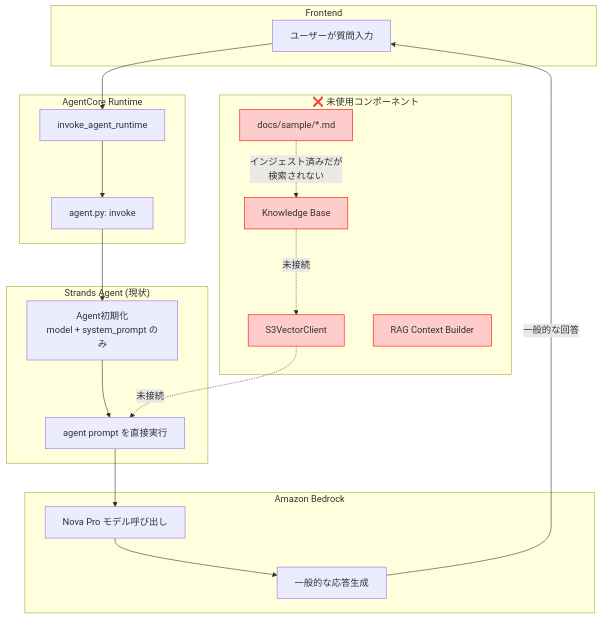
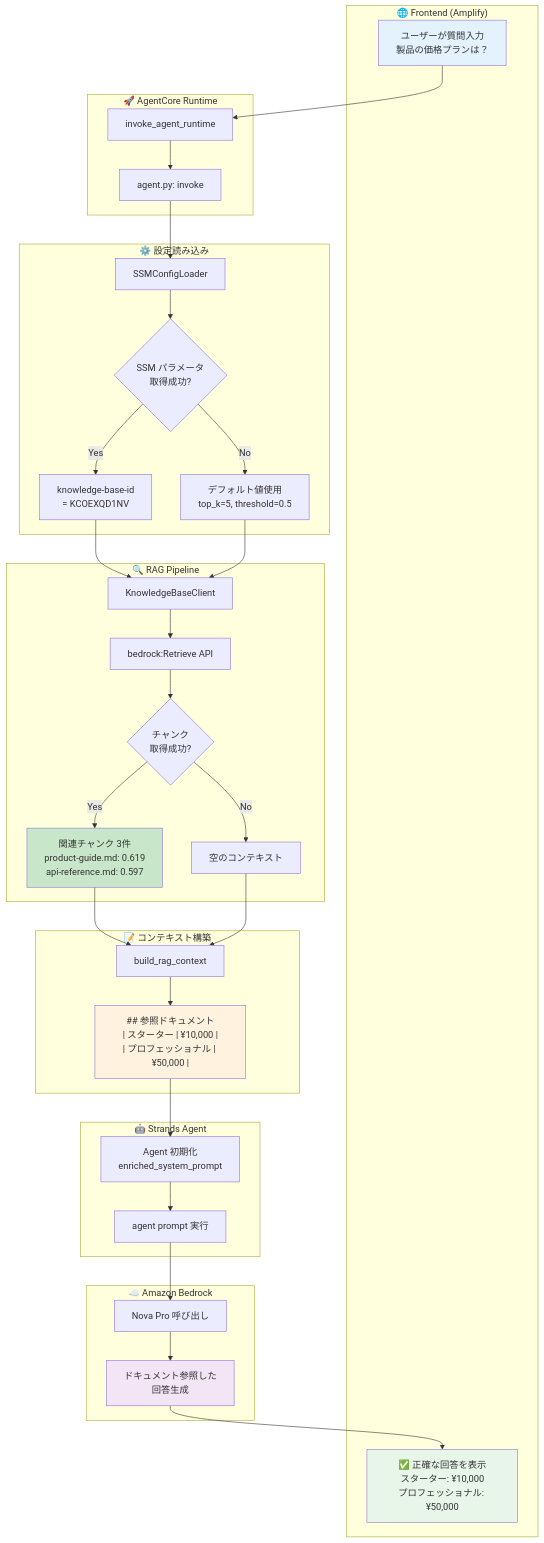
One commit to aezisai-inc/ai-agent-core-microservice-prot changed the second of 3 diagrams in docs/architecture/rag-implementation-analysis.md. Above: the diagram before and after it, drawn with Mermaid. The commit also changed other lines of this file and 2 other files, not shown here.

First line of the commit message:
docs: RAG 実装トラブルシューティングレポート (#61)

````diff
--- a/docs/architecture/rag-implementation-analysis.md
+++ b/docs/architecture/rag-implementation-analysis.md
@@ -67,45 +106,69 @@
 ```mermaid
 flowchart TD
-    subgraph Frontend
-        A[ユーザーが質問入力]
+    subgraph Frontend["🌐 Frontend (Amplify)"]
+        A["ユーザーが質問入力<br/>"製品の価格プランは？""]
+        Z[✅ 正確な回答を表示<br/>スターター: ¥10,000<br/>プロフェッショナル: ¥50,000]
     end
     
-    subgraph AgentCore Runtime
+    subgraph AgentCore["🚀 AgentCore Runtime"]
         B[invoke_agent_runtime]
         C[agent.py: invoke]
     end
     
-    subgraph "Strands Agent (現状)"
-        D[Agent初期化<br/>model + system_prompt のみ]
-        E[agent prompt を直接実行]
+    subgraph Config["⚙️ 設定読み込み"]
+        D[SSMConfigLoader]
+        E{SSM パラメータ<br/>取得成功?}
+        E1[knowledge-base-id<br/>= KCOEXQD1NV]
+        E2[デフォルト値使用<br/>top_k=5, threshold=0.5]
     end
     
-    subgraph Amazon Bedrock
-        F[Nova Pro モデル呼び出し]
-        G[一般的な応答生成]
+    subgraph RAG["🔍 RAG Pipeline"]
+        F[KnowledgeBaseClient]
+        G[bedrock:Retrieve API]
+        H{チャンク<br/>取得成功?}
+        I[関連チャンク 3件<br/>product-guide.md: 0.619<br/>api-reference.md: 0.597]
+        J[空のコンテキスト]
     end
     
-    subgraph "❌ 未使用コンポーネント"
-        X1[S3VectorClient]
-        X2[Knowledge Base]
-        X3[RAG Context Builder]
-        X4[docs/sample/*.md]
+    subgraph Context["📝 コンテキスト構築"]
+        K[build_rag_context]
+        L["## 参照ドキュメント<br/>| スターター | ¥10,000 |<br/>| プロフェッショナル | ¥50,000 |"]
+    end
+    
+    subgraph LLM["🤖 Strands Agent"]
+        M[Agent 初期化<br/>enriched_system_prompt]
+        N[agent prompt 実行]
+    end
+    
+    subgraph Bedrock["☁️ Amazon Bedrock"]
+        O[Nova Pro 呼び出し]
+        P[ドキュメント参照した<br/>回答生成]
     end
     
     A --> B
     B --> C
     C --> D
     D --> E
-    E --> F
+    E -->|Yes| E1
+    E -->|No| E2
+    E1 --> F
+    E2 --> F
     F --> G
-    G --> |一般的な回答| A
+    G --> H
+    H -->|Yes| I
+    H -->|No| J
+    I --> K
+    J --> K
+    K --> L
+    L --> M
+    M --> N
+    N --> O
+    O --> P
+    P --> Z
     
-    X1 -.->|未接続| E
-    X2 -.->|未接続| X1
-    X4 -.->|インジェスト済みだが<br/>検索されない| X2
-    
-    style X1 fill:#ffcccc,stroke:#ff0000
-    style X2 fill:#ffcccc,stroke:#ff0000
-    style X3 fill:#ffcccc,stroke:#ff0000
-    style X4 fill:#ffcccc,stroke:#ff0000
+    style A fill:#e3f2fd
+    style Z fill:#e8f5e9
+    style I fill:#c8e6c9
+    style L fill:#fff3e0
+    style P fill:#f3e5f5
 ```
````
